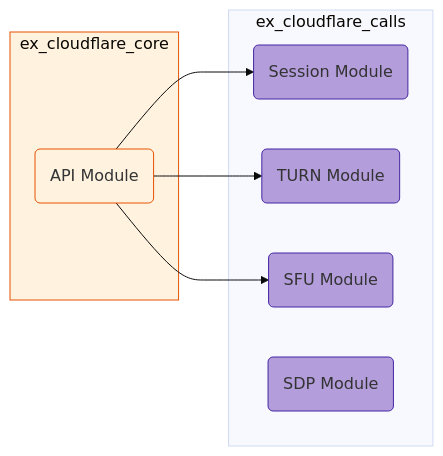
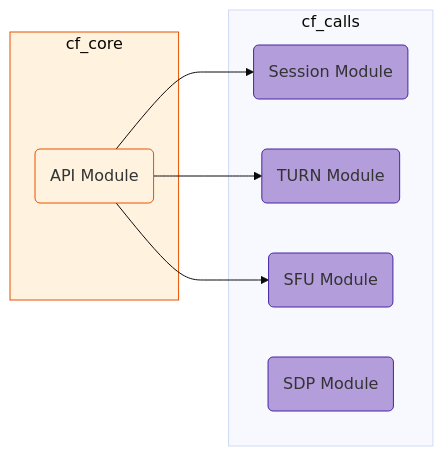
Before and after one commit to nshkrdotcom/cf_ex: the diagram in apps/cf_calls/README.md, drawn with Mermaid (base theme). The commit also changed other lines of this file and 35 other files, not shown here.

````diff
--- a/apps/cf_calls/README.md
+++ b/apps/cf_calls/README.md
@@ -47,26 +47,26 @@
 ```mermaid
 graph LR
-    subgraph "ex_cloudflare_calls"
+    subgraph "cf_calls"
         Session(Session Module)
         TURN(TURN Module)
         SFU(SFU Module)
          SDP(SDP Module)
         
     end
     
-     subgraph "ex_cloudflare_core"
+     subgraph "cf_core"
         API(API Module)
         
         
     end
     
      API --> Session
     API --> TURN
     API --> SFU
   
     classDef calls fill:#b39ddb,stroke:#4527a0
     classDef core fill:#fff3e0,stroke:#e65100
     
-    class ExCloudflareCalls,Session,TURN,SFU,SDP calls
-    class ex_cloudflare_core,API core
+    class CfCalls,Session,TURN,SFU,SDP calls
+    class cf_core,API core
 ```
````
